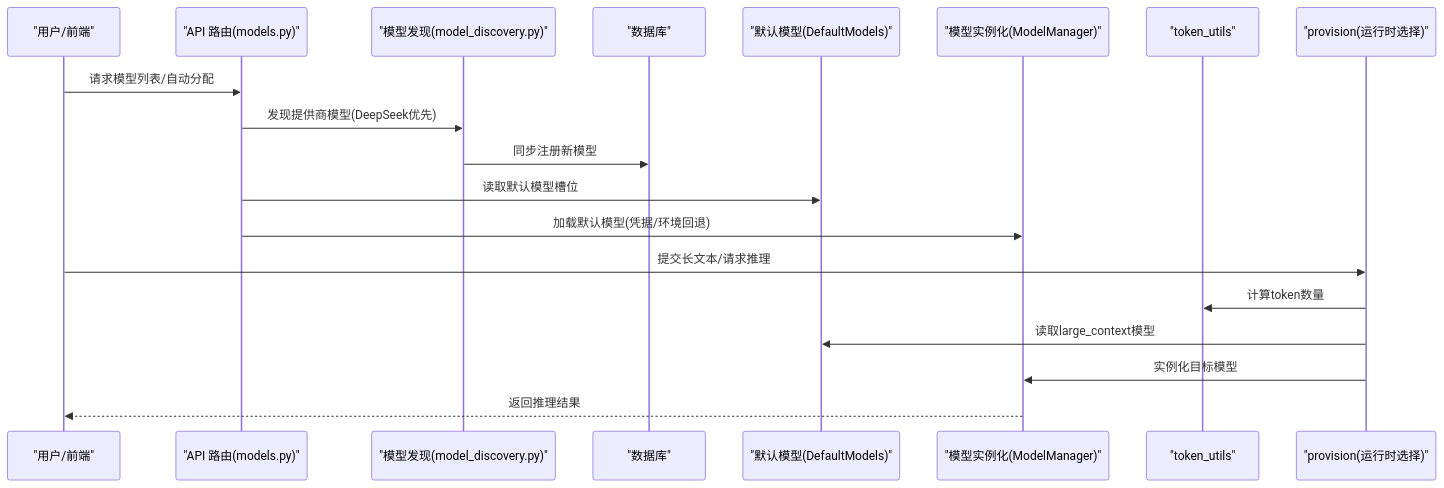
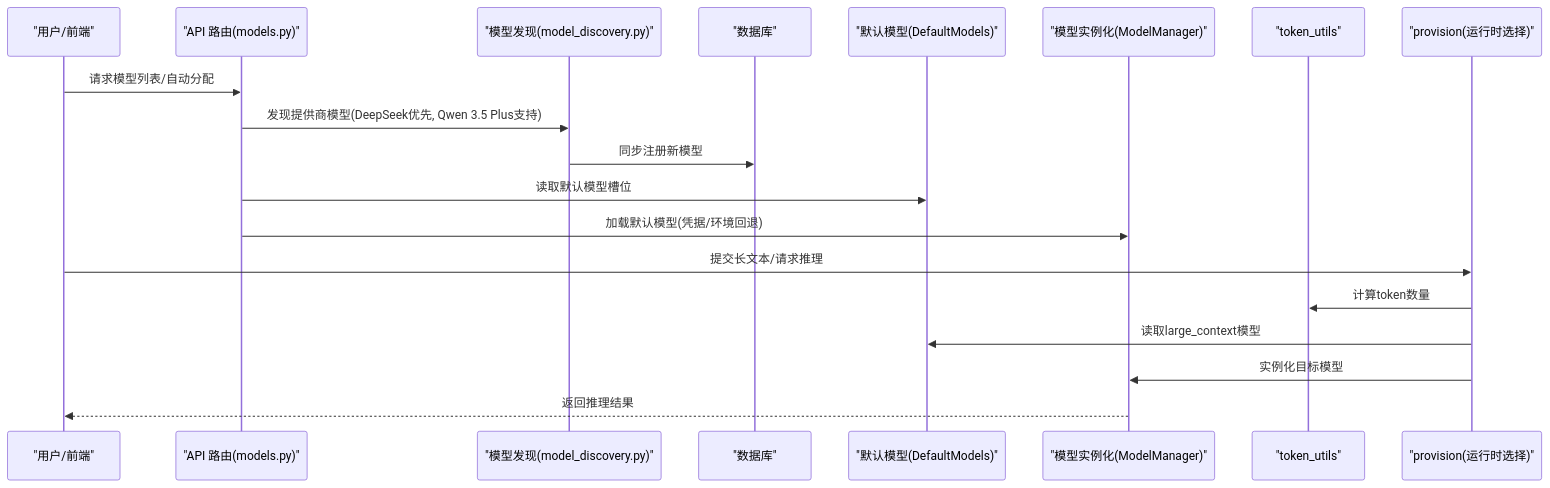
Before and after one commit to jackeyunjie/open-notebook: the second of 7 diagrams in .qoder/repowiki/zh/content/后端架构/AI服务集成/模型发现与选择.md, drawn with Mermaid. The commit also changed other lines of this file and 51 other files, not shown here.

````diff
--- a/.qoder/repowiki/zh/content/后端架构/AI服务集成/模型发现与选择.md
+++ b/.qoder/repowiki/zh/content/后端架构/AI服务集成/模型发现与选择.md
@@ -137,21 +152,21 @@
 ```mermaid
 sequenceDiagram
 participant U as "用户/前端"
 participant API as "API 路由(models.py)"
 participant DISC as "模型发现(model_discovery.py)"
 participant DB as "数据库"
 participant CFG as "默认模型(DefaultModels)"
 participant INST as "模型实例化(ModelManager)"
 participant TK as "token_utils"
 participant PR as "provision(运行时选择)"
 U->>API : 请求模型列表/自动分配
-API->>DISC : 发现提供商模型(DeepSeek优先)
+API->>DISC : 发现提供商模型(DeepSeek优先, Qwen 3.5 Plus支持)
 DISC->>DB : 同步注册新模型
 API->>CFG : 读取默认模型槽位
 API->>INST : 加载默认模型(凭据/环境回退)
 U->>PR : 提交长文本/请求推理
 PR->>TK : 计算token数量
 PR->>CFG : 读取large_context模型
 PR->>INST : 实例化目标模型
 INST-->>U : 返回推理结果
 ```
````
